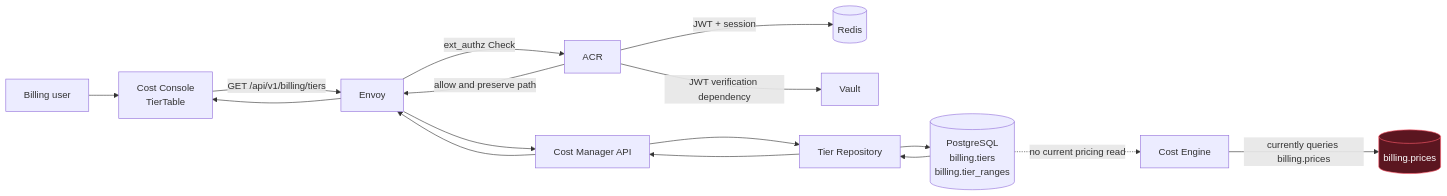
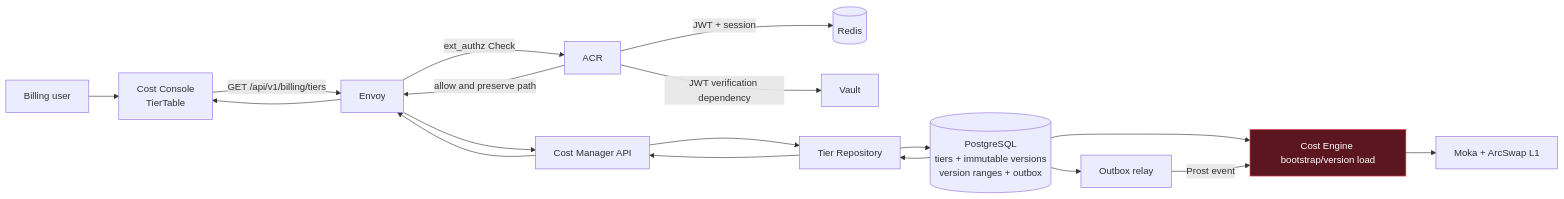
Before and after one commit to phucle996/aurora: the first of 16 diagrams in god_view/billing/tier_catalog_god_view.md, drawn with Mermaid. The commit also changed other lines of this file and 71 other files, not shown here.

Commit message:
feat: implement pricing outbox relay, redesign billing schema, and integrate engine runtime services

````diff
--- a/god_view/billing/tier_catalog_god_view.md
+++ b/god_view/billing/tier_catalog_god_view.md
@@ -60,19 +61,21 @@
 ```mermaid
 flowchart LR
     U[Billing user] --> UI[Cost Console<br/>TierTable]
     UI -->|GET /api/v1/billing/tiers| E[Envoy]
     E -->|ext_authz Check| A[ACR]
     A -->|JWT + session| R[(Redis)]
     A -->|JWT verification dependency| V[Vault]
     A -->|allow and preserve path| E
     E --> API[Cost Manager API]
     API --> REPO[Tier Repository]
-    REPO --> DB[(PostgreSQL<br/>billing.tiers<br/>billing.tier_ranges)]
+    REPO --> DB[(PostgreSQL<br/>tiers + immutable versions<br/>version ranges + outbox)]
     DB --> REPO --> API --> E --> UI
 
-    DB -. no current pricing read .-> ENG[Cost Engine]
-    ENG -->|currently queries billing.prices| P[(billing.prices)]
+    DB --> ENG[Cost Engine bootstrap/version load]
+    DB --> RELAY[Outbox relay]
+    RELAY -->|Prost event| ENG
+    ENG --> L1[Moka + ArcSwap L1]
 
     classDef critical fill:#5b1620,stroke:#ff5c6c,color:#fff;
-    class P critical;
+    class ENG critical;
 ```
````
